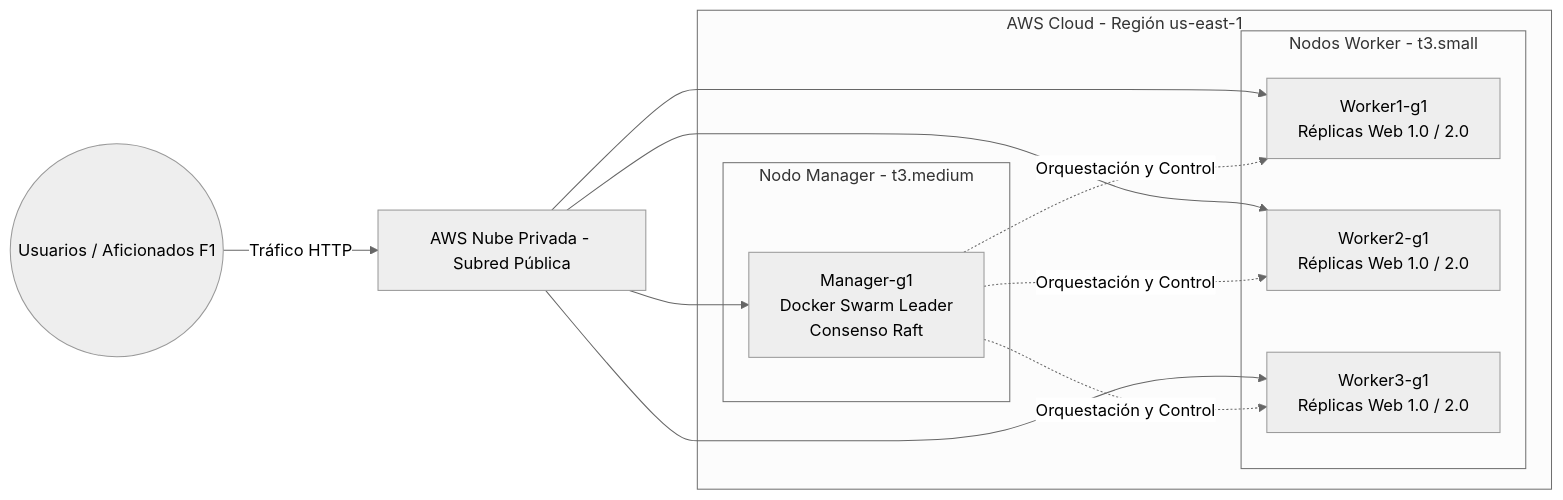
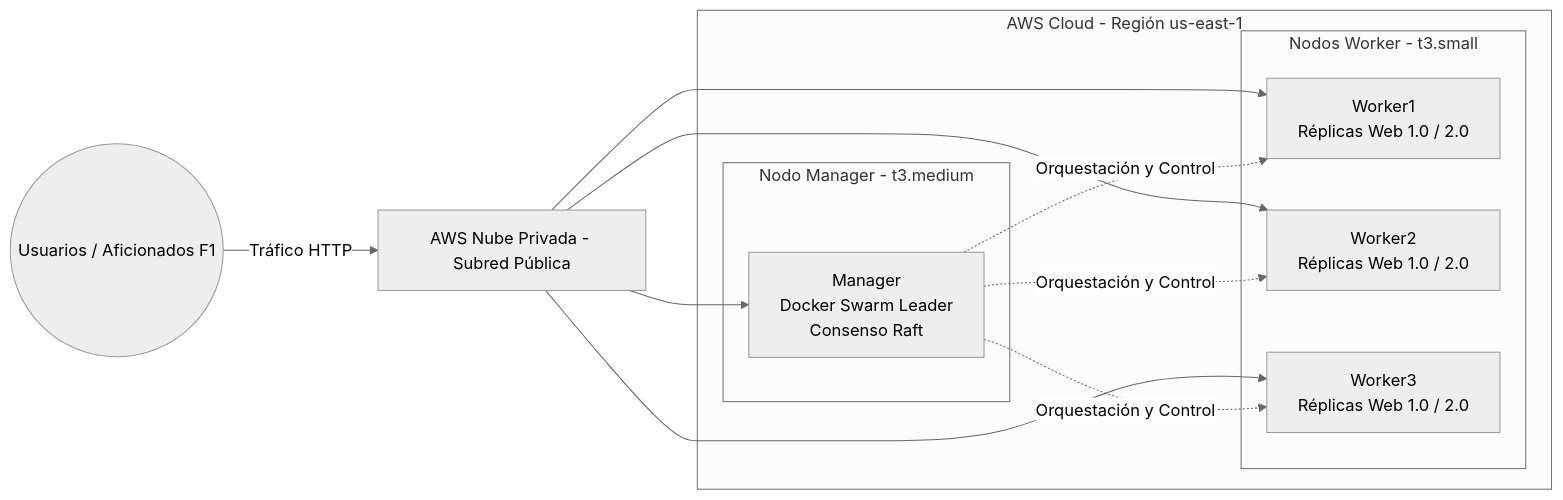
The diagram in diagramas/diagrama.md (roberttgal/Grupo1_Cloud), drawn with Mermaid (neutral theme) before and after one commit.

````diff
--- a/diagramas/diagrama.md
+++ b/diagramas/diagrama.md
@@ -3,24 +3,24 @@
 ```mermaid
 graph LR
     Client((Usuarios / Aficionados F1)) -->|Tráfico HTTP| VPC[AWS Nube Privada - Subred Pública]
     
     subgraph AWS Cloud - Región us-east-1
         subgraph Nodo Manager - t3.medium
-            M1[Manager-g1 <br/> Docker Swarm Leader <br/> Consenso Raft]
+            M1[Manager <br/> Docker Swarm Leader <br/> Consenso Raft]
         end
         
         subgraph Nodos Worker - t3.small
-            W1[Worker1-g1 <br/> Réplicas Web 1.0 / 2.0]
-            W2[Worker2-g1 <br/> Réplicas Web 1.0 / 2.0]
-            W3[Worker3-g1 <br/> Réplicas Web 1.0 / 2.0]
+            W1[Worker1 <br/> Réplicas Web 1.0 / 2.0]
+            W2[Worker2 <br/> Réplicas Web 1.0 / 2.0]
+            W3[Worker3 <br/> Réplicas Web 1.0 / 2.0]
         end
     end
 
     VPC --> M1
     VPC --> W1
     VPC --> W2
     VPC --> W3
     M1 -.->|Orquestación y Control| W1
     M1 -.->|Orquestación y Control| W2
     M1 -.->|Orquestación y Control| W3
 ```
````
